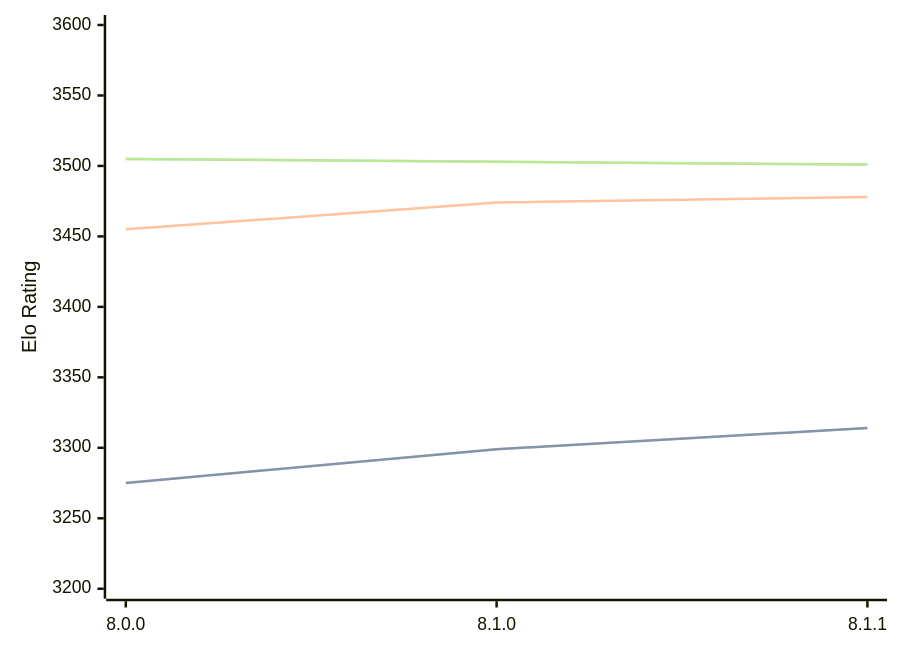
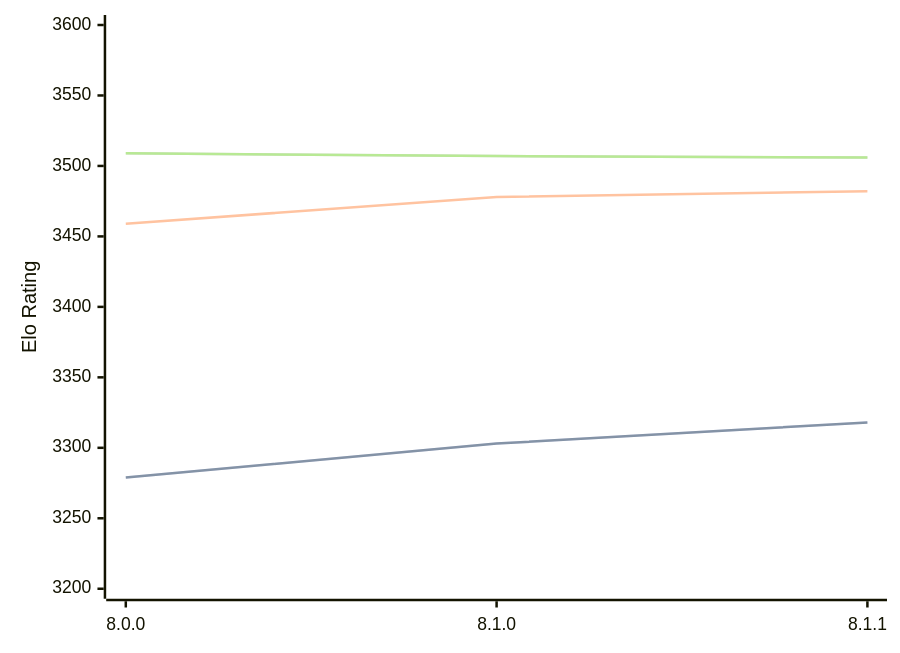
Before and after one commit to computer-chess-index/cci: the diagram in engines/Velvet.md, drawn with Mermaid. The commit also changed other lines of this file, not shown here.

Commit message:
Update CCI Ratings (ELO VLTC) - 2026-04-18

````diff
--- a/engines/Velvet.md
+++ b/engines/Velvet.md
@@ -57,11 +57,11 @@
 ```mermaid
 %%{init: {"theme":"base","themeVariables":{"seriesColors:['#a3a3a3','#222221','#faa371']}}}%%
 xychart-beta
   x-axis ["8.0.0", "8.1.0", "8.1.1"]
   y-axis "Elo Rating" 3200 --> 3600
-  line "STC (8.0+0.08s)" [3275, 3299, 3314]
-  line "STC (8.0+0.08s)" [3275, 3299, 3314]
-  line "LTC (60.0+0.60s)" [3455, 3474, 3478]
-  line "VLTC (2m24s+1.12s)" [3505, 3503, 3501]
-  line "VLTC (2m24s+1.12s)" [3505, 3503, 3501]
+  line "STC (8.0+0.08s)" [3279, 3303, 3318]
+  line "STC (8.0+0.08s)" [3279, 3303, 3318]
+  line "LTC (60.0+0.60s)" [3459, 3478, 3482]
+  line "VLTC (2m24s+1.12s)" [3509, 3507, 3506]
+  line "VLTC (2m24s+1.12s)" [3509, 3507, 3506]
 ```
````
